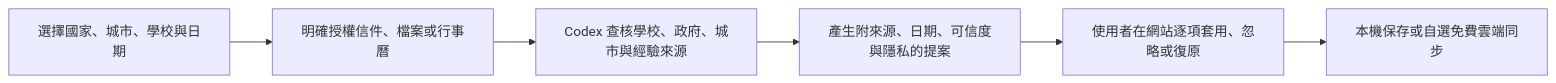
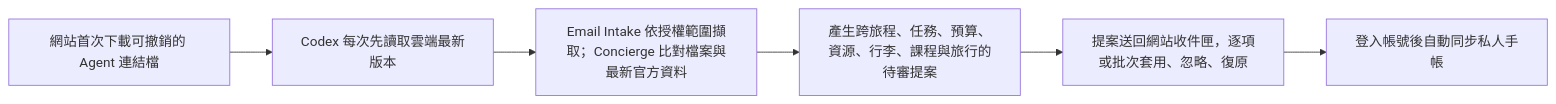
One commit to NCCUJacky80936/exchange-companion changed the diagram in README.md. Above: the diagram before and after it, drawn with Mermaid. The commit also changed other lines of this file and 53 other files, not shown here.

````diff
--- a/README.md
+++ b/README.md
@@ -39,8 +40,8 @@
 ```mermaid
 flowchart LR
-  A["選擇國家、城市、學校與日期"] --> B["明確授權信件、檔案或行事曆"]
-  B --> C["Codex 查核學校、政府、城市與經驗來源"]
-  C --> D["產生附來源、日期、可信度與隱私的提案"]
-  D --> E["使用者在網站逐項套用、忽略或復原"]
-  E --> F["本機保存或自選免費雲端同步"]
+  A["網站首次下載可撤銷的 Agent 連結檔"] --> B["Codex 每次先讀取雲端最新版本"]
+  B --> C["Email Intake 依授權範圍擷取；Concierge 比對檔案與最新官方資料"]
+  C --> D["產生跨旅程、任務、預算、資源、行李、課程與旅行的待審提案"]
+  D --> E["提案送回網站收件匣，逐項或批次套用、忽略、復原"]
+  E --> F["登入帳號後自動同步私人手帳"]
 ```
````
